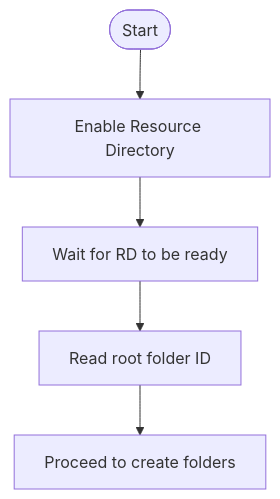
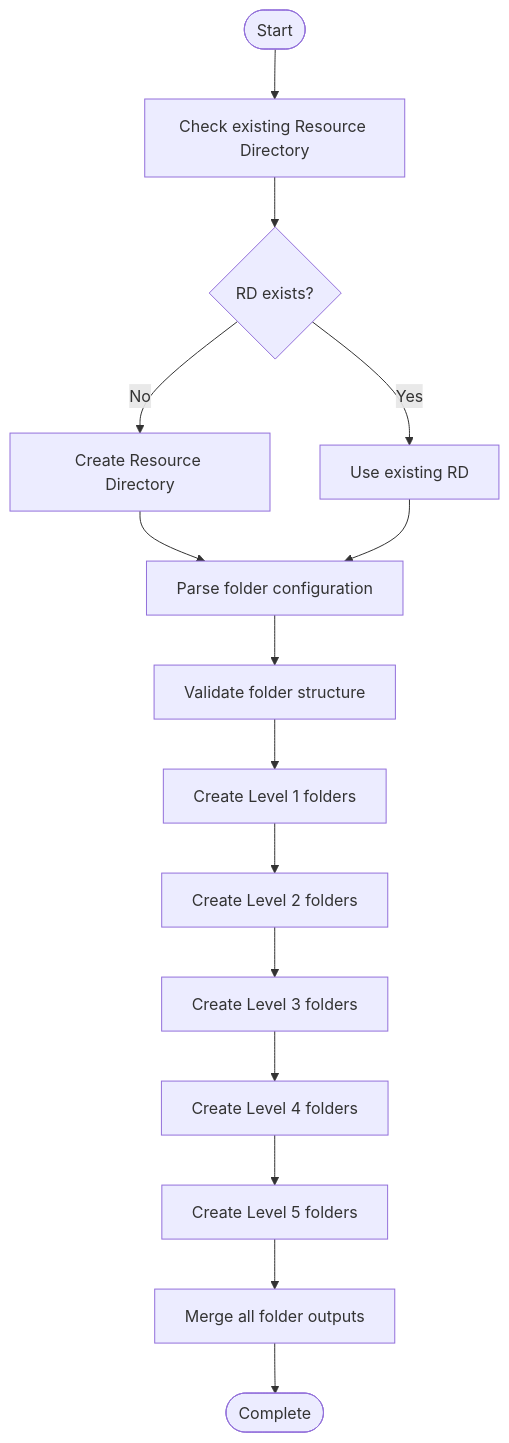
Before and after one commit to AlibabaCloudLandingZone/alibabacloud-landingzone-accelerator-github-demo: the third of 5 diagrams in .qoder/repowiki/en/content/Bootstrap Infrastructure/Organization Structure Setup.md, drawn with Mermaid. The commit also changed other lines of this file and 110 other files, not shown here.

````diff
--- a/.qoder/repowiki/en/content/Bootstrap Infrastructure/Organization Structure Setup.md
+++ b/.qoder/repowiki/en/content/Bootstrap Infrastructure/Organization Structure Setup.md
@@ -128,7 +160,17 @@
 ```mermaid
 flowchart TD
-Start(["Start"]) --> EnableRD["Enable Resource Directory"]
-EnableRD --> WaitRD["Wait for RD to be ready"]
-WaitRD --> ReadRoot["Read root folder ID"]
-ReadRoot --> Next["Proceed to create folders"]
+Start(["Start"]) --> CheckRD["Check existing Resource Directory"]
+CheckRD --> EnableRD{"RD exists?"}
+EnableRD --> |No| CreateRD["Create Resource Directory"]
+EnableRD --> |Yes| UseExisting["Use existing RD"]
+CreateRD --> ParseConfig["Parse folder configuration"]
+UseExisting --> ParseConfig
+ParseConfig --> ValidateConfig["Validate folder structure"]
+ValidateConfig --> CreateLevel1["Create Level 1 folders"]
+CreateLevel1 --> CreateLevel2["Create Level 2 folders"]
+CreateLevel2 --> CreateLevel3["Create Level 3 folders"]
+CreateLevel3 --> CreateLevel4["Create Level 4 folders"]
+CreateLevel4 --> CreateLevel5["Create Level 5 folders"]
+CreateLevel5 --> MergeOutputs["Merge all folder outputs"]
+MergeOutputs --> End(["Complete"])
 ```
````
